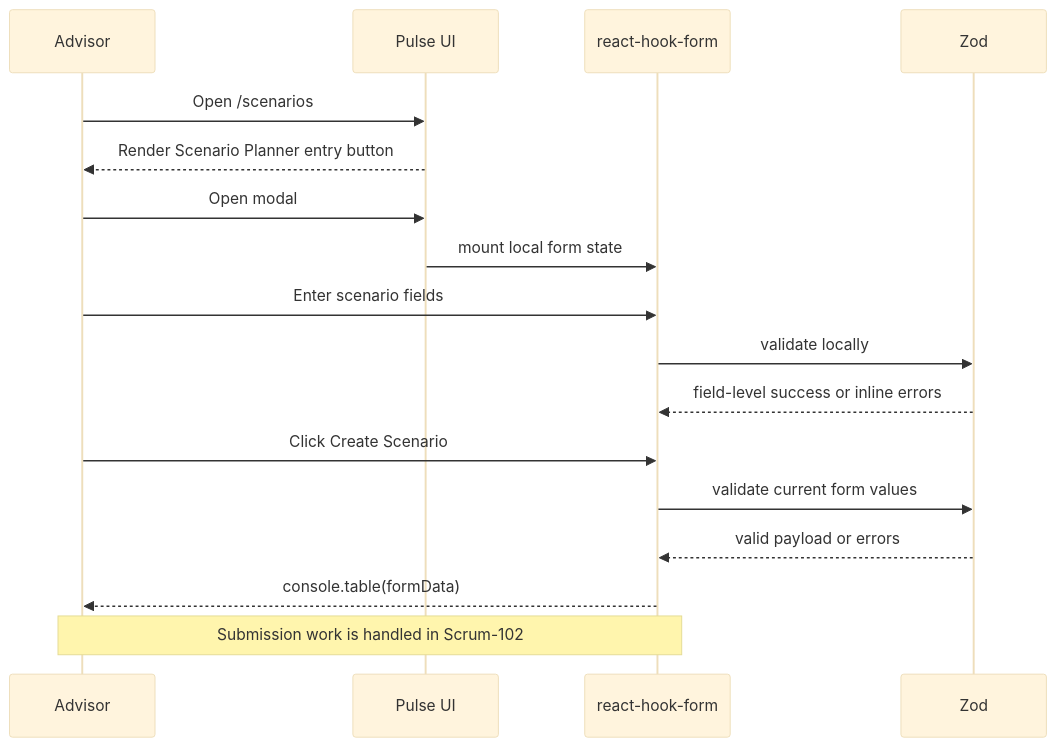
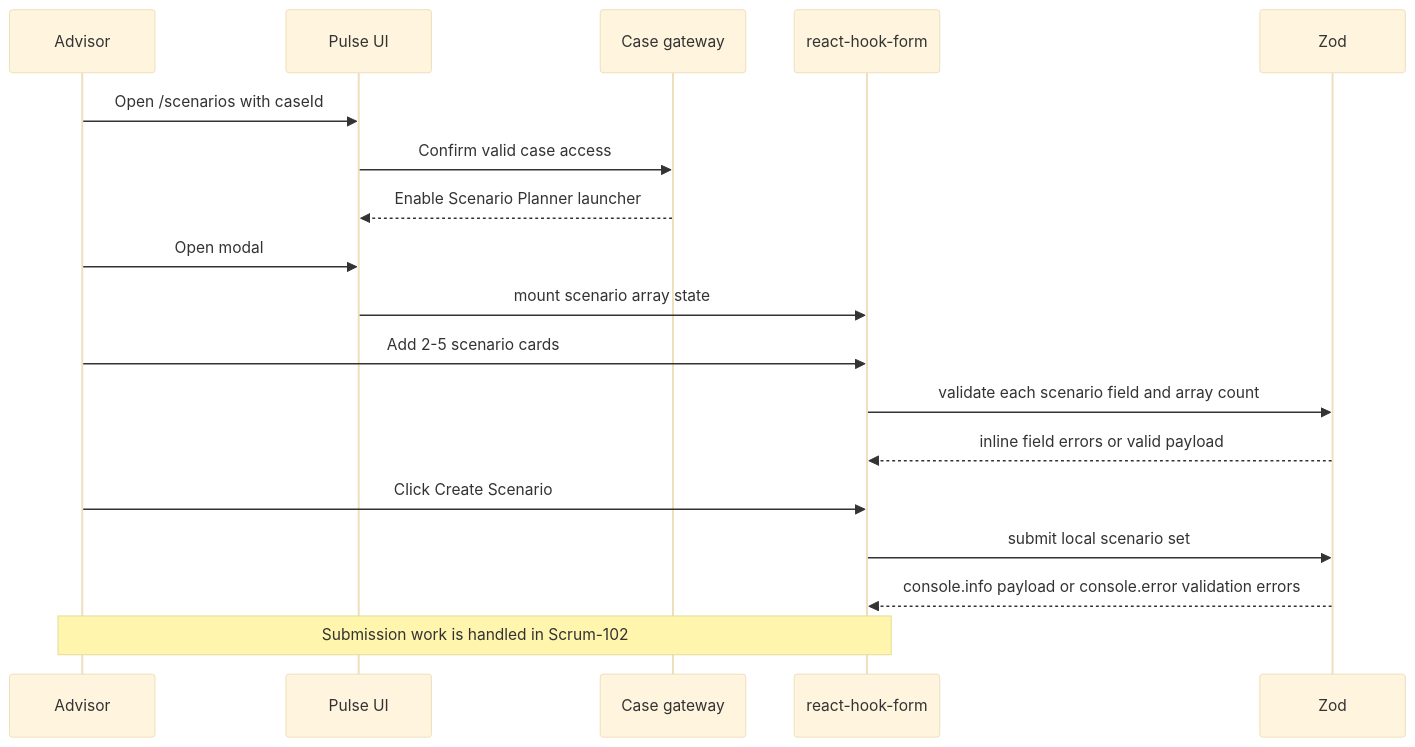
The first of 8 diagrams in planning/team/cl-ticket-journal.md (Topher05/tax-pulse-project-1), drawn with Mermaid (base theme) before and after one commit. The commit also changed other lines of this file, not shown here.

Commit message:
Updating ticket journal with form rework + case id integration behavior

````diff
--- a/planning/team/cl-ticket-journal.md
+++ b/planning/team/cl-ticket-journal.md
@@ -59,20 +60,21 @@
 ```mermaid
 sequenceDiagram
     participant Advisor
     participant UI as Pulse UI
+    participant Gate as Case gateway
     participant Form as react-hook-form
     participant Schema as Zod
 
-    Advisor->>UI: Open /scenarios
-    UI-->>Advisor: Render Scenario Planner entry button
+    Advisor->>UI: Open /scenarios with caseId
+    UI->>Gate: Confirm valid case access
+    Gate-->>UI: Enable Scenario Planner launcher
     Advisor->>UI: Open modal
-    UI->>Form: mount local form state
-    Advisor->>Form: Enter scenario fields
-    Form->>Schema: validate locally
-    Schema-->>Form: field-level success or inline errors
+    UI->>Form: mount scenario array state
+    Advisor->>Form: Add 2-5 scenario cards
+    Form->>Schema: validate each scenario field and array count
+    Schema-->>Form: inline field errors or valid payload
     Advisor->>Form: Click Create Scenario
-    Form->>Schema: validate current form values
-    Schema-->>Form: valid payload or errors
-    Form-->>Advisor: console.table(formData)
+    Form->>Schema: submit local scenario set
+    Schema-->>Form: console.info payload or console.error validation errors
     Note over Form,Advisor: Submission work is handled in Scrum-102
 ```
````
